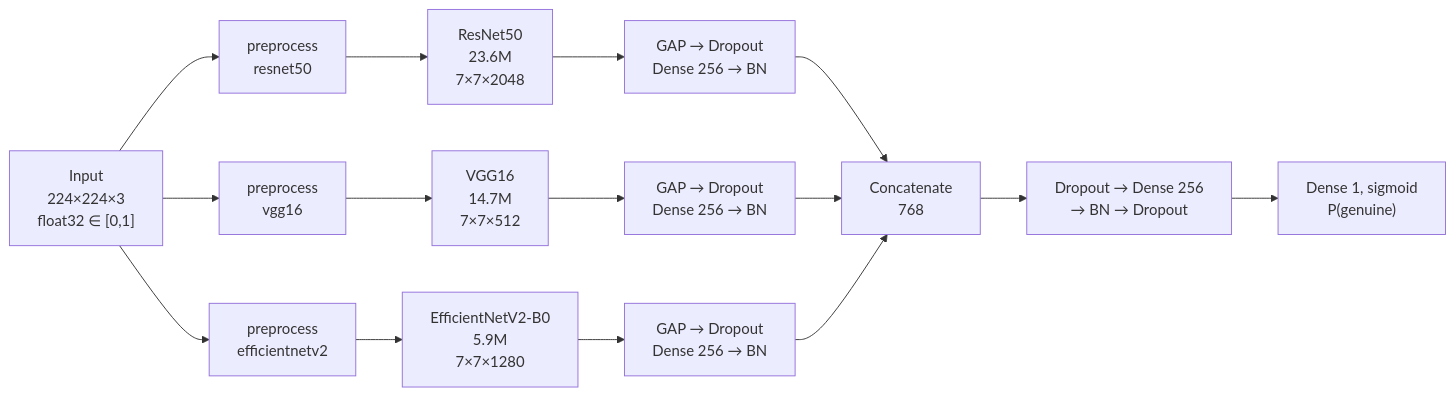
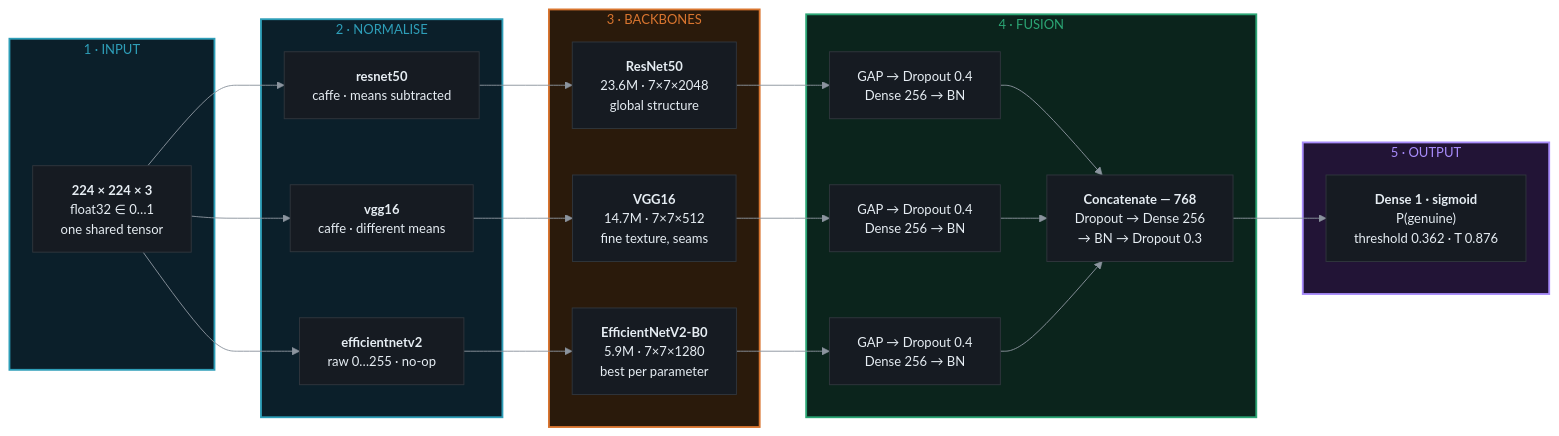
The first of 3 diagrams in README.md (adarshcod30/OpenForensics), drawn with Mermaid before and after one commit. The commit also changed other lines of this file, not shown here.

First line of the commit message:
Give the README diagrams a real palette

````diff
--- a/README.md
+++ b/README.md
@@ -48,23 +48,47 @@
 ```mermaid
+%%{init: {'theme':'base','themeVariables':{
+  'background':'#0d1117','primaryColor':'#161b22','primaryTextColor':'#e6edf3',
+  'primaryBorderColor':'#30363d','secondaryColor':'#161b22','tertiaryColor':'#161b22',
+  'lineColor':'#8b949e','textColor':'#e6edf3','fontSize':'14px',
+  'fontFamily':'ui-sans-serif,-apple-system,Segoe UI,sans-serif',
+  'clusterBkg':'transparent','clusterBorder':'#30363d','edgeLabelBackground':'#21262d'
+}}}%%
 flowchart LR
-    IN["Input<br/>224×224×3<br/>float32 ∈ [0,1]"]
+    subgraph S1["1 · INPUT"]
+        IN["<b>224 × 224 × 3</b><br/>float32 ∈ 0…1<br/>one shared tensor"]
+    end
 
-    IN --> P1["preprocess<br/>resnet50"]
-    IN --> P2["preprocess<br/>vgg16"]
-    IN --> P3["preprocess<br/>efficientnetv2"]
+    subgraph S2["2 · NORMALISE"]
+        P1["<b>resnet50</b><br/>caffe · means subtracted"]
+        P2["<b>vgg16</b><br/>caffe · different means"]
+        P3["<b>efficientnetv2</b><br/>raw 0…255 · no-op"]
+    end
 
-    P1 --> B1["ResNet50<br/>23.6M<br/>7×7×2048"]
-    P2 --> B2["VGG16<br/>14.7M<br/>7×7×512"]
-    P3 --> B3["EfficientNetV2-B0<br/>5.9M<br/>7×7×1280"]
+    subgraph S3["3 · BACKBONES"]
+        B1["<b>ResNet50</b><br/>23.6M · 7×7×2048<br/>global structure"]
+        B2["<b>VGG16</b><br/>14.7M · 7×7×512<br/>fine texture, seams"]
+        B3["<b>EfficientNetV2-B0</b><br/>5.9M · 7×7×1280<br/>best per parameter"]
+    end
 
-    B1 --> H1["GAP → Dropout<br/>Dense 256 → BN"]
-    B2 --> H2["GAP → Dropout<br/>Dense 256 → BN"]
-    B3 --> H3["GAP → Dropout<br/>Dense 256 → BN"]
+    subgraph S4["4 · FUSION"]
+        H1["GAP → Dropout 0.4<br/>Dense 256 → BN"]
+        H2["GAP → Dropout 0.4<br/>Dense 256 → BN"]
+        H3["GAP → Dropout 0.4<br/>Dense 256 → BN"]
+        F["<b>Concatenate — 768</b><br/>Dropout → Dense 256<br/>→ BN → Dropout 0.3"]
+    end
 
-    H1 --> F["Concatenate<br/>768"]
-    H2 --> F
-    H3 --> F
+    subgraph S5["5 · OUTPUT"]
+        O["<b>Dense 1 · sigmoid</b><br/>P(genuine)<br/>threshold 0.362 · T 0.876"]
+    end
 
-    F --> D["Dropout → Dense 256<br/>→ BN → Dropout"]
-    D --> O["Dense 1, sigmoid<br/>P(genuine)"]
+    IN --> P1 --> B1 --> H1 --> F
+    IN --> P2 --> B2 --> H2 --> F
+    IN --> P3 --> B3 --> H3 --> F
+    F --> O
+
+    style S1 fill:#0b1f2a,stroke:#2E9EB8,stroke-width:2px,color:#2E9EB8
+    style S2 fill:#0b1f2a,stroke:#2E9EB8,stroke-width:2px,color:#2E9EB8
+    style S3 fill:#2a1a0b,stroke:#D9752F,stroke-width:2px,color:#D9752F
+    style S4 fill:#0b241c,stroke:#2BA574,stroke-width:2px,color:#2BA574
+    style S5 fill:#221436,stroke:#A78BFA,stroke-width:2px,color:#A78BFA
 ```
````
